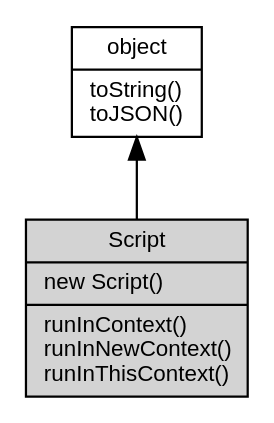
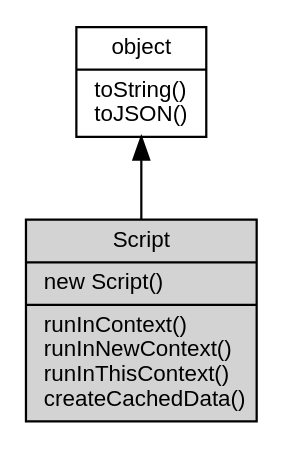
Before and after one commit to fibjs/fibjs.org: the diagram in docs/manual/object/ifs/Script.md, drawn with Graphviz. The commit also changed other lines of this file and 29 other files, not shown here.

````diff
--- a/docs/manual/object/ifs/Script.md
+++ b/docs/manual/object/ifs/Script.md
@@ -11,10 +11,10 @@
 ```dot
 digraph {
     node [fontname="Helvetica,sans-Serif", fontsize=10, shape="record", style="filled", fillcolor="white"];
 
     object [tooltip="object", URL="object.md", label="{object|toString()\ltoJSON()\l}"];
-    Script [tooltip="Script", fillcolor="lightgray", id="me", label="{Script|new Script()\l|runInContext()\lrunInNewContext()\lrunInThisContext()\l}"];
+    Script [tooltip="Script", fillcolor="lightgray", id="me", label="{Script|new Script()\l|runInContext()\lrunInNewContext()\lrunInThisContext()\lcreateCachedData()\l}"];
 
     object -> Script [dir=back];
 }
 ```
````
